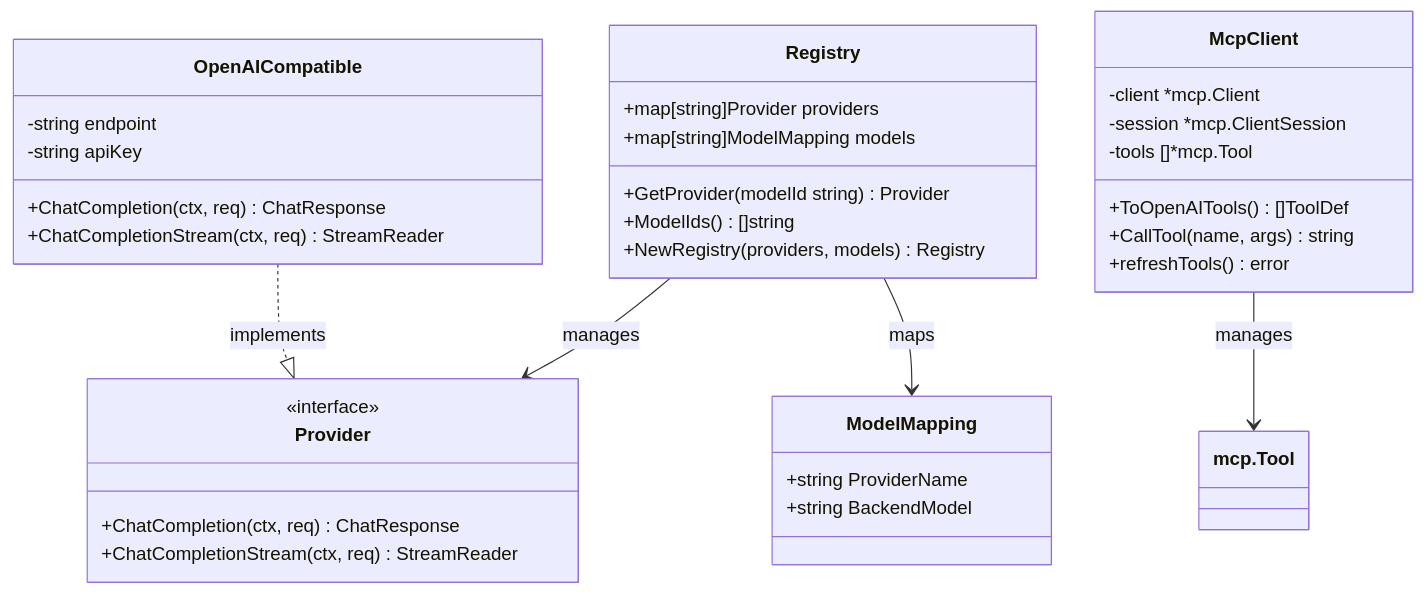
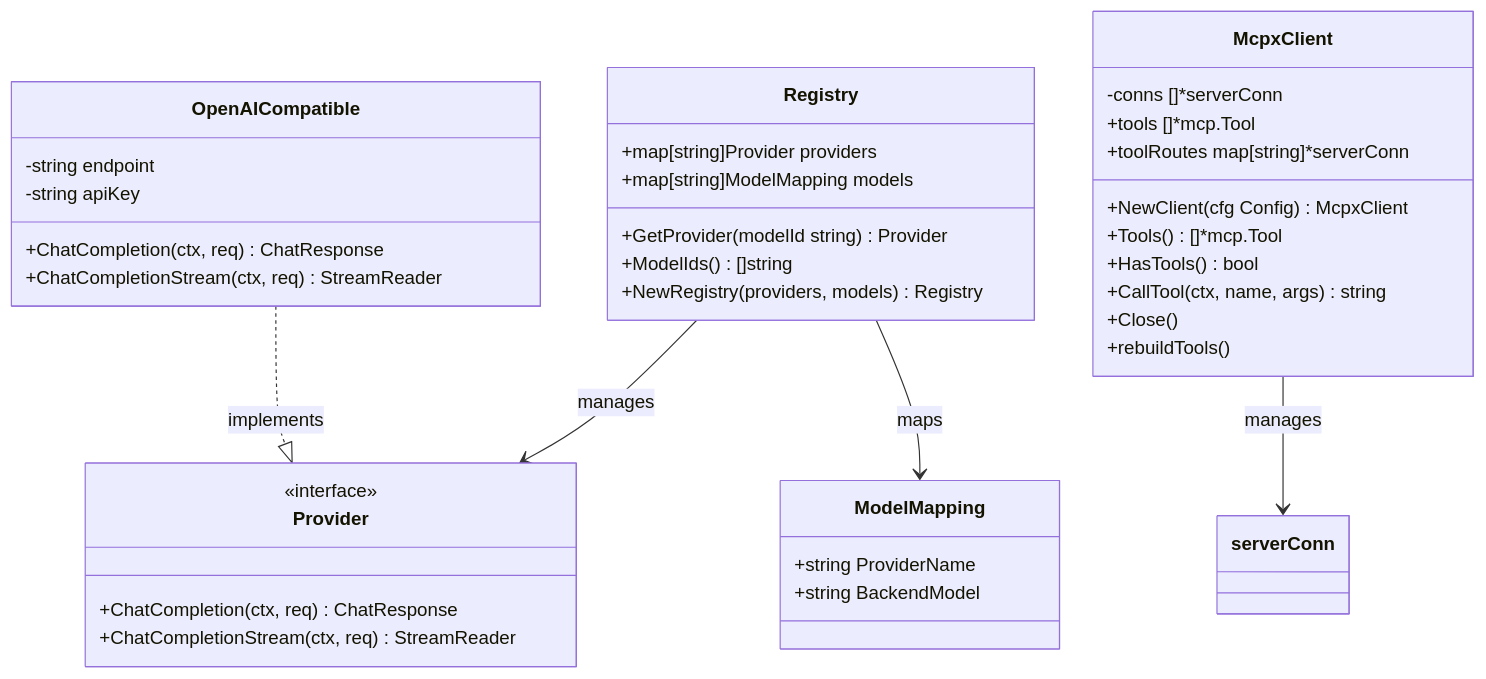
Before and after one commit to maomao94/zero-service: the fourth of 11 diagrams in .qoder/repowiki/zh/content/核心服务详解/AI聊天服务.md, drawn with Mermaid. The commit also changed other lines of this file and 11 other files, not shown here.

First line of the commit message:
feat(aiapp): update aichat/aigtw config and routes, update repowiki docs

````diff
--- a/.qoder/repowiki/zh/content/核心服务详解/AI聊天服务.md
+++ b/.qoder/repowiki/zh/content/核心服务详解/AI聊天服务.md
@@ -265,37 +394,40 @@
 ```mermaid
 classDiagram
 class Registry {
 +map[string]Provider providers
 +map[string]ModelMapping models
 +GetProvider(modelId string) Provider
 +ModelIds() []string
 +NewRegistry(providers, models) Registry
 }
 class Provider {
 <<interface>>
 +ChatCompletion(ctx, req) ChatResponse
 +ChatCompletionStream(ctx, req) StreamReader
 }
 class OpenAICompatible {
 -string endpoint
 -string apiKey
 +ChatCompletion(ctx, req) ChatResponse
 +ChatCompletionStream(ctx, req) StreamReader
 }
 class ModelMapping {
 +string ProviderName
 +string BackendModel
 }
-class McpClient {
--client *mcp.Client
--session *mcp.ClientSession
--tools []*mcp.Tool
-+ToOpenAITools() []ToolDef
-+CallTool(name, args) string
-+refreshTools() error
+class McpxClient {
+-conns []*serverConn
++tools []*mcp.Tool
++toolRoutes map[string]*serverConn
++NewClient(cfg Config) McpxClient
++Tools() []*mcp.Tool
++HasTools() bool
++CallTool(ctx, name, args) string
++Close()
++rebuildTools()
 }
 Registry --> Provider : manages
 Registry --> ModelMapping : maps
 OpenAICompatible ..|> Provider : implements
-McpClient --> mcp.Tool : manages
+McpxClient --> serverConn : manages
 ```
````
